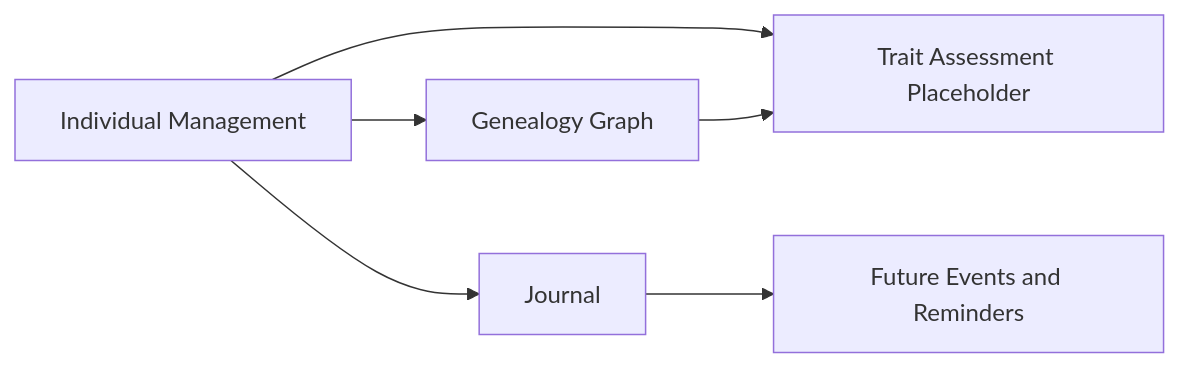
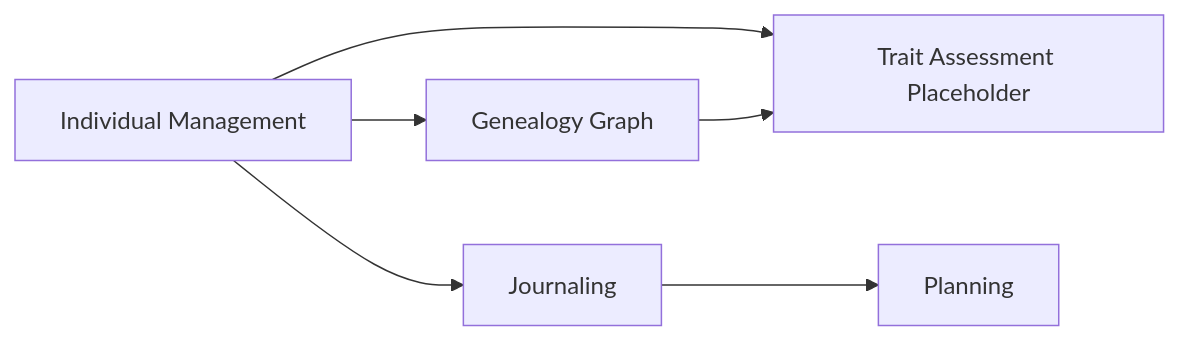
The diagram in docs/domainModel/context-map.md (lyndametref/geep), drawn with Mermaid before and after one commit. The commit also changed other lines of this file and 1 other file, not shown here.

````diff
--- a/docs/domainModel/context-map.md
+++ b/docs/domainModel/context-map.md
@@ -5,8 +5,8 @@
 ```mermaid
 graph LR
     IndividualMgmt["Individual Management"] --> Genealogy["Genealogy Graph"]
-    IndividualMgmt --> Journal["Journal"]
-    Journal --> Planning["Future Events and Reminders"]
+    IndividualMgmt --> Journal["Journaling"]
+    Journal --> Planning["Planning"]
     IndividualMgmt --> TraitAssessment["Trait Assessment Placeholder"]
     Genealogy --> TraitAssessment
 ```
````
